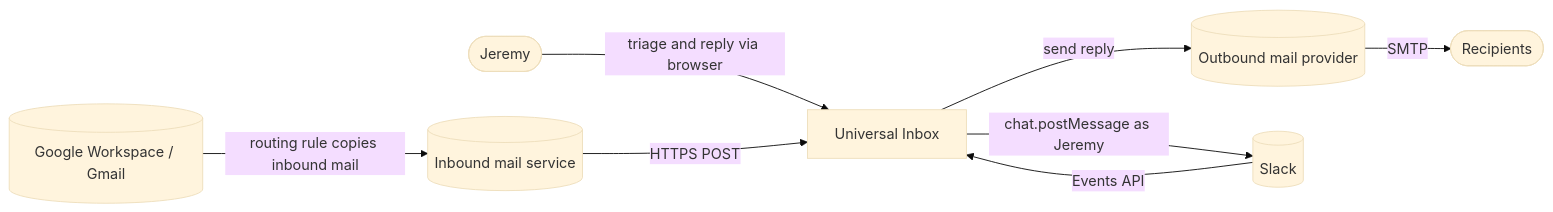
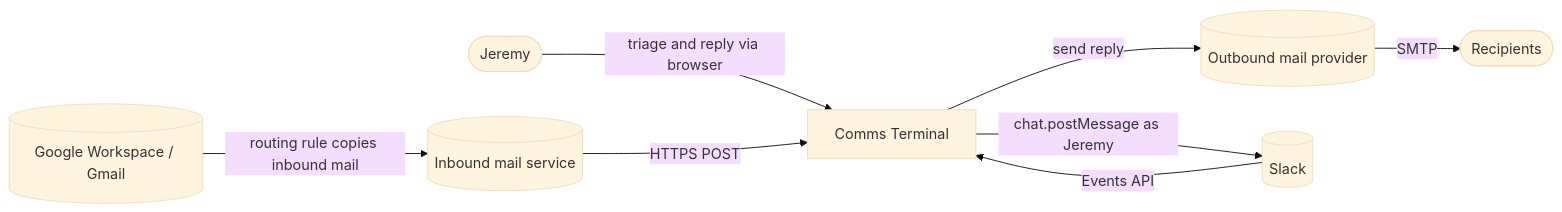
The first of 3 diagrams in docs/prd.md (JMLegere/comms-terminal), drawn with Mermaid (base theme) before and after one commit. The commit also changed other lines of this file and 181 other files, not shown here.

First line of the commit message:
Rename: Universal Inbox is now Comms Terminal

````diff
--- a/docs/prd.md
+++ b/docs/prd.md
@@ -287,10 +287,10 @@
 ```mermaid
 flowchart LR
-  J([Jeremy]) -->|triage and reply via browser| UI[Universal Inbox]
+  J([Jeremy]) -->|triage and reply via browser| UI[Comms Terminal]
   GW[(Google Workspace / Gmail)] -->|routing rule copies inbound mail| IM[(Inbound mail service)]
   IM -->|HTTPS POST| UI
   UI -->|send reply| OM[(Outbound mail provider)]
   OM -->|SMTP| R([Recipients])
   S[(Slack)] -->|Events API| UI
   UI -->|chat.postMessage as Jeremy| S
 ```
````
